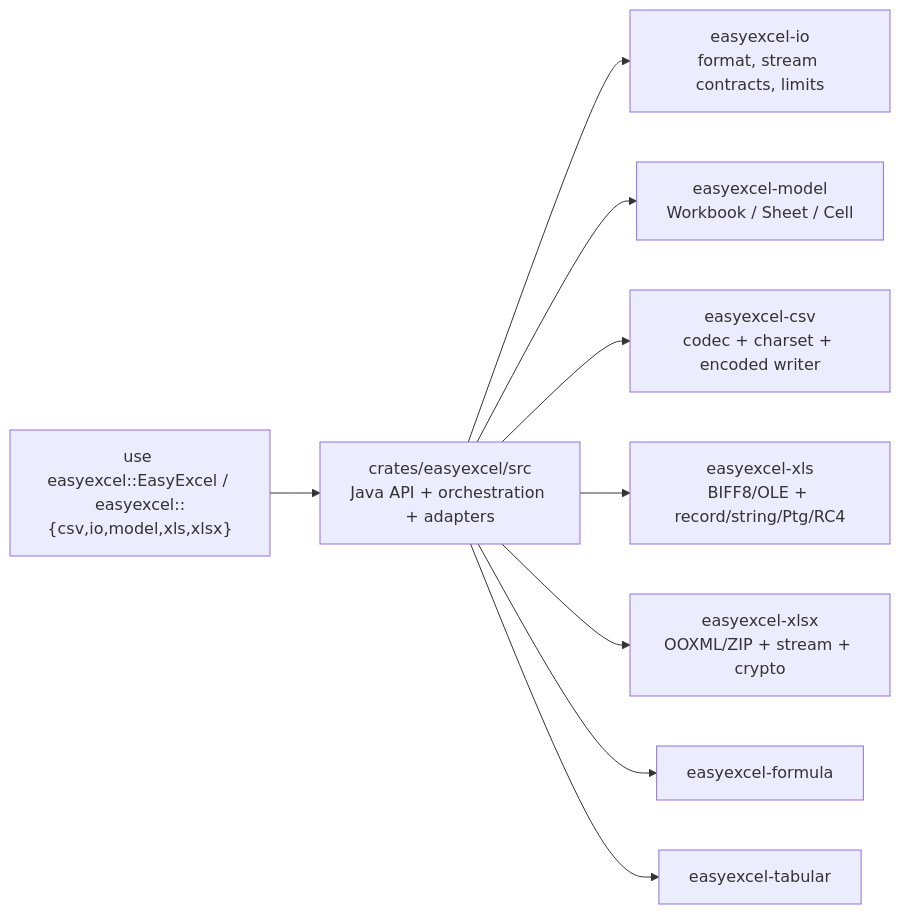
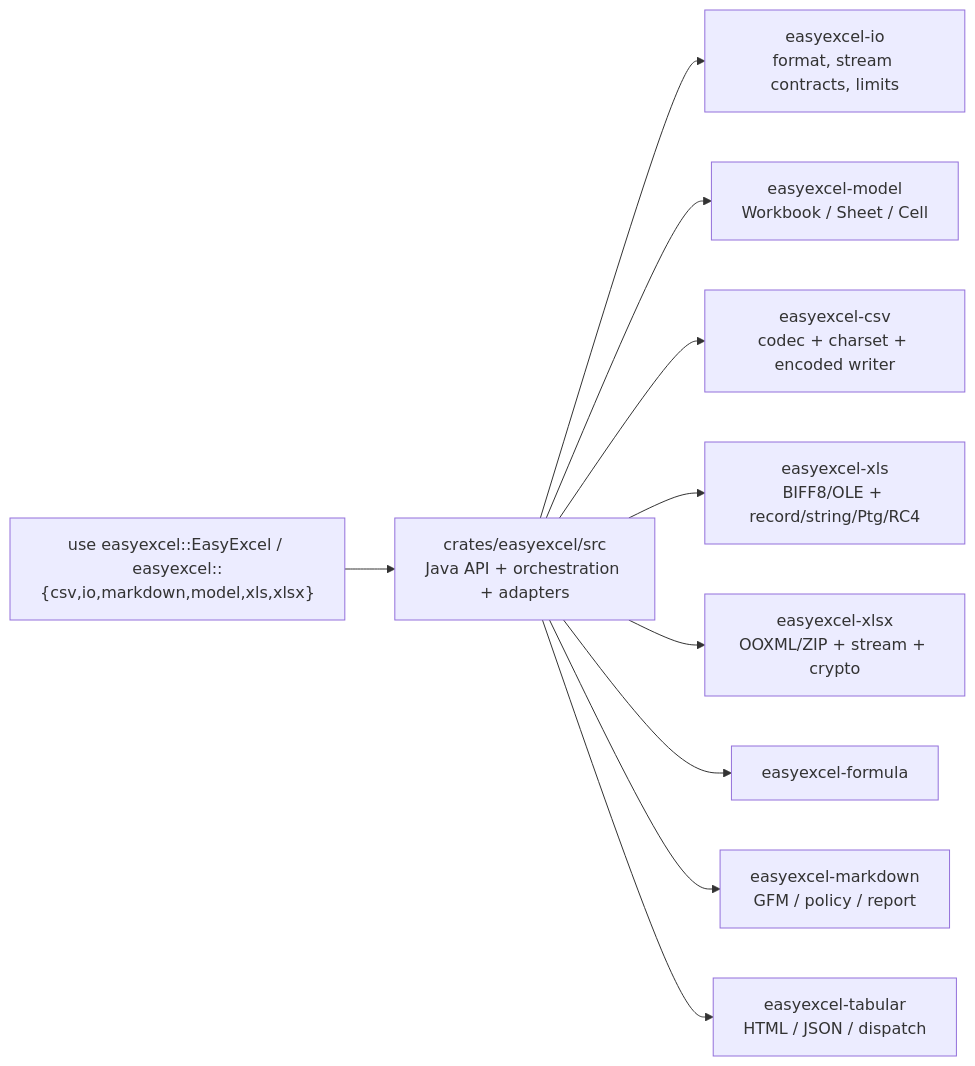
Before and after one commit to easy-4-rust/easyexcel-rust: the third of 3 diagrams in docs/ARCHITECTURE.md, drawn with Mermaid. The commit also changed other lines of this file and 66 other files, not shown here.

````diff
--- a/docs/ARCHITECTURE.md
+++ b/docs/ARCHITECTURE.md
@@ -74,21 +75,23 @@
 ```mermaid
 flowchart LR
-    User["use easyexcel::EasyExcel / easyexcel::{csv,io,model,xls,xlsx}"]
+    User["use easyexcel::EasyExcel / easyexcel::{csv,io,markdown,model,xls,xlsx}"]
     Facade["crates/easyexcel/src\nJava API + orchestration + adapters"]
     IO["easyexcel-io\nformat, stream contracts, limits"]
     Model["easyexcel-model\nWorkbook / Sheet / Cell"]
     CSV["easyexcel-csv\ncodec + charset + encoded writer"]
     XLS["easyexcel-xls\nBIFF8/OLE + record/string/Ptg/RC4"]
     XLSX["easyexcel-xlsx\nOOXML/ZIP + stream + crypto"]
     Formula["easyexcel-formula"]
-    Tabular["easyexcel-tabular"]
+    Markdown["easyexcel-markdown<br/>GFM / policy / report"]
+    Tabular["easyexcel-tabular<br/>HTML / JSON / dispatch"]
 
     User --> Facade
     Facade --> IO
     Facade --> Model
     Facade --> CSV
     Facade --> XLS
     Facade --> XLSX
     Facade --> Formula
+    Facade --> Markdown
     Facade --> Tabular
 ```
````
